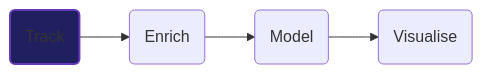
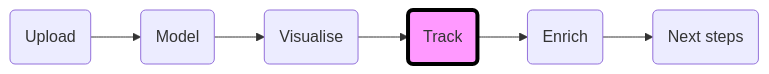
One commit to snowplow/advanced-analytics-web-accelerator changed the diagram in content/tracking/_index.md. Above: the diagram before and after it, drawn with Mermaid. The commit also changed other lines of this file and 18 other files, not shown here.

```diff
--- a/content/tracking/_index.md
+++ b/content/tracking/_index.md
@@ -13,5 +14,5 @@
 {{<mermaid>}}
 flowchart LR
-    id1(Track)-->id2(Enrich)-->id3(Model)-->id4(Visualise)
-    style id1 primaryTextColor: #fff, fill:#202060,stroke:#6638b8,stroke-width:2px
+    id1(Upload)-->id2(Model)-->id3(Visualise)-->id4(Track)-->id5(Enrich)-->id6(Next steps)
+    style id4 fill:#f9f,stroke:#000,stroke-width:4px
 {{</mermaid >}}
```
